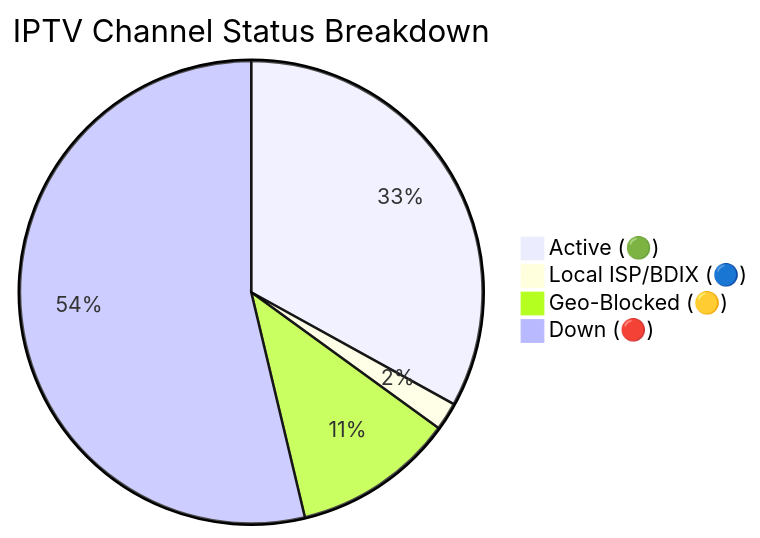
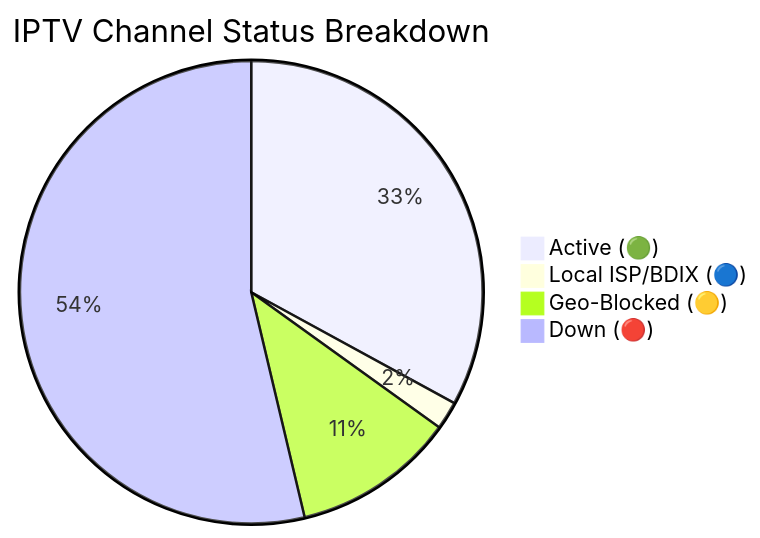
Before and after one commit to andreataylord/Ip-tv-Collection: the diagram in README.md, drawn with Mermaid. The commit also changed other lines of this file and 1 other file, not shown here.

Commit message:
docs(readme): auto-update daily channel status chart

````diff
--- a/README.md
+++ b/README.md
@@ -59,7 +59,7 @@
 ```mermaid
 pie title IPTV Channel Status Breakdown
-    "Active (🟢)" : 2155
+    "Active (🟢)" : 2150
     "Local ISP/BDIX (🔵)" : 128
-    "Geo-Blocked (🟡)" : 736
-    "Down (🔴)" : 3505
+    "Geo-Blocked (🟡)" : 742
+    "Down (🔴)" : 3504
 ```
````
